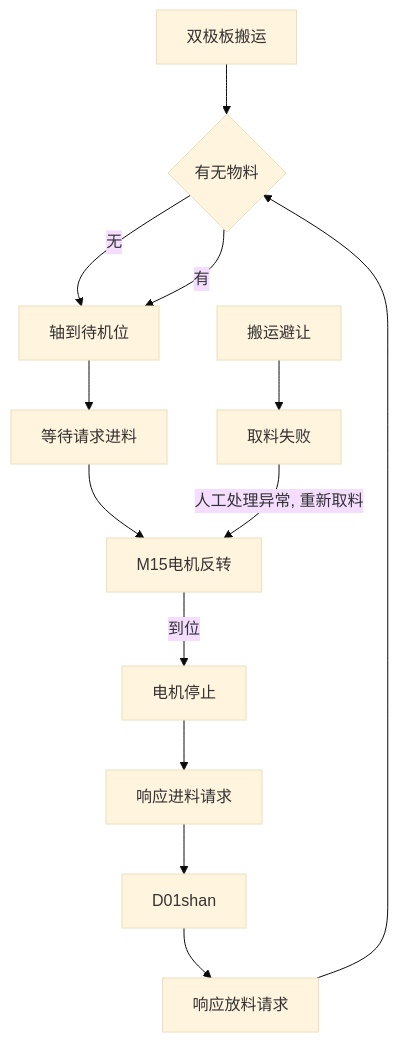
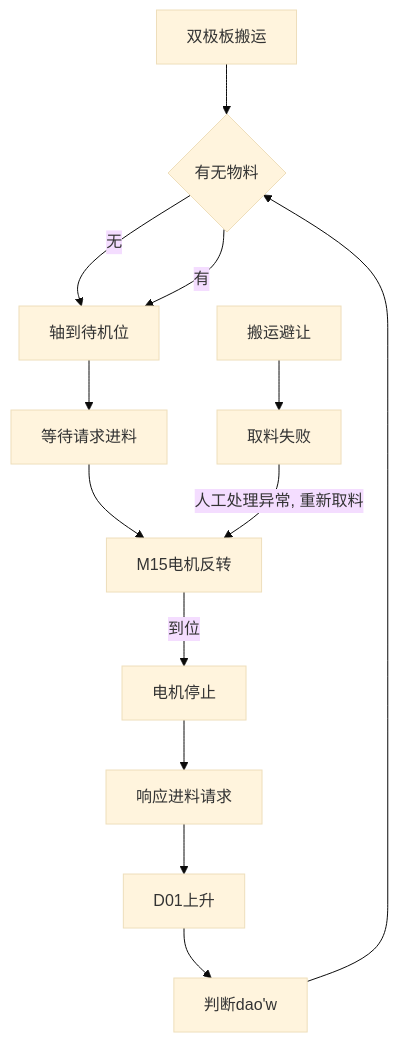
The diagram in all/未命名-1.md (PengKun1/iodraw-files), drawn with Mermaid (base theme) before and after one commit.

Commit message:
2024-08-20 11:03:22 update

````diff
--- a/all/未命名-1.md
+++ b/all/未命名-1.md
@@ -1,17 +1,17 @@
 ```mermaid
 graph TD
 0[双极板搬运]-->10
 10{有无物料}-->|无|20
 10-->|有|20
 20[轴到待机位]-->30
 30[等待请求进料]-->40
 40[M15电机反转]-->|到位|50
 50[电机停止]-->60
 60[响应进料请求]-->70
-70[D01shan]-->80
-80[响应放料请求]-->10
+70[D01上升]-->80
+80[判断dao'w]-->10
 
 90[搬运避让]-->900
 
 900[取料失败]-->|人工处理异常, 重新取料|40
 ```
````
